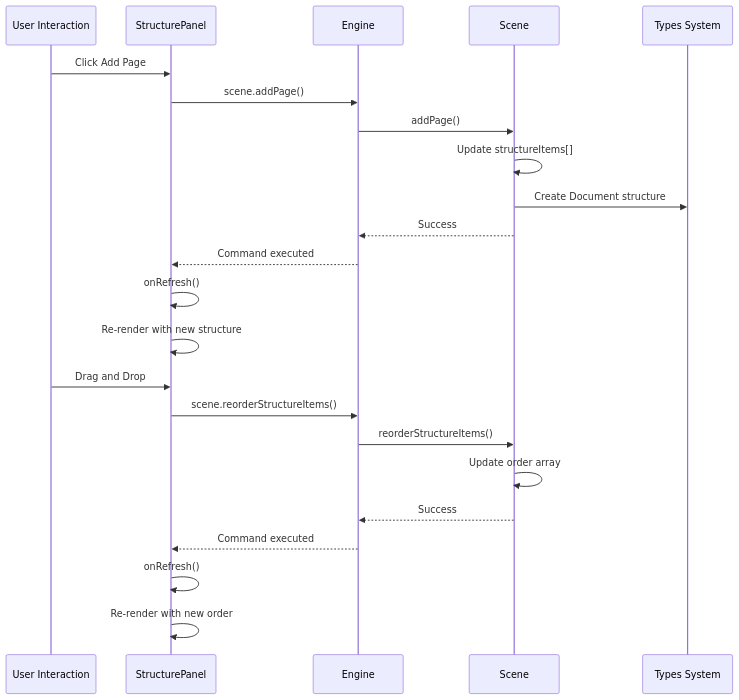
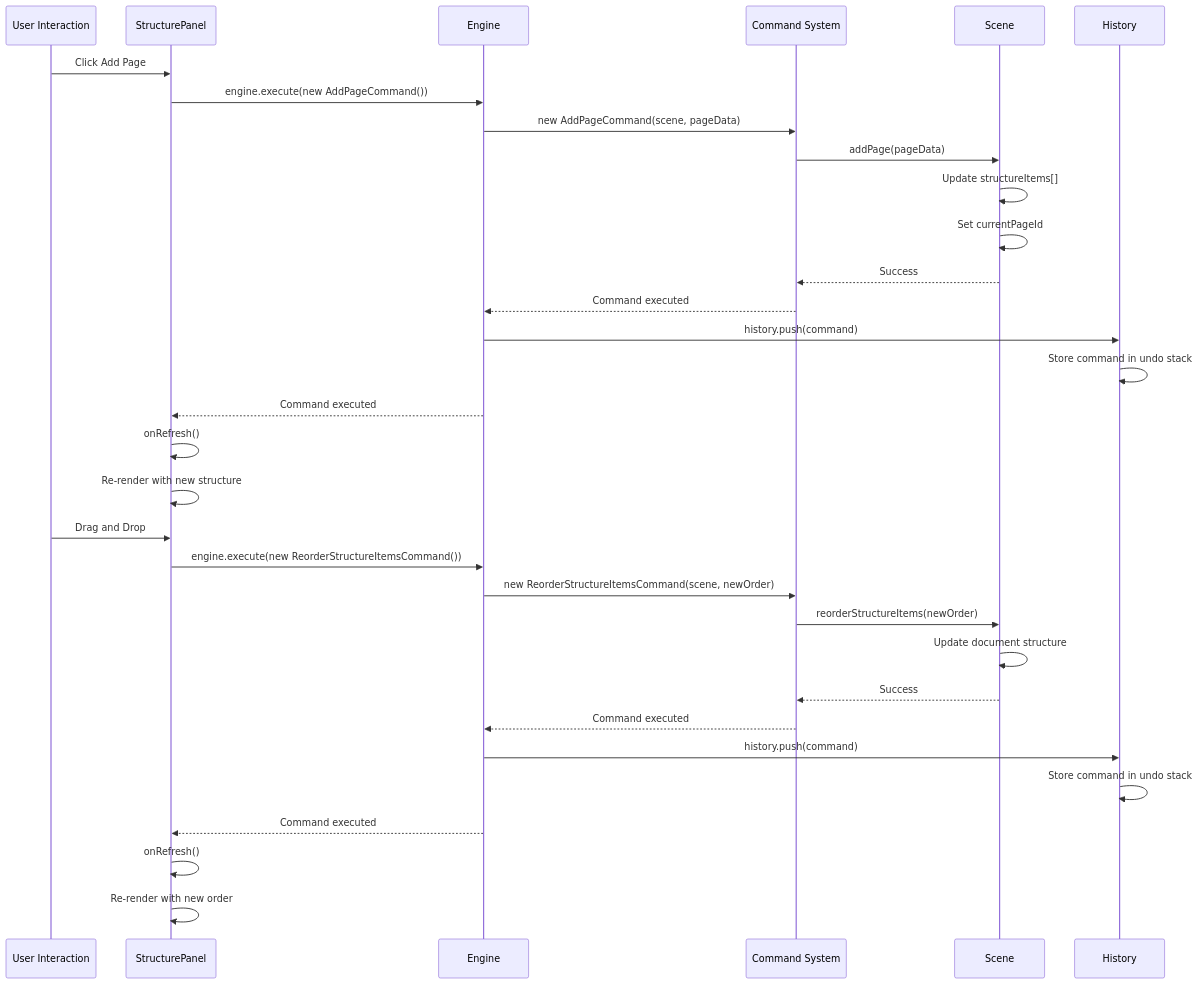
The second of 7 diagrams in .qoder/repowiki/en/content/User Interface Components/Structure Panel Component.md (Anna0314zy/ai_editor_enginer), drawn with Mermaid before and after one commit. The commit also changed other lines of this file and 44 other files, not shown here.

````diff
--- a/.qoder/repowiki/en/content/User Interface Components/Structure Panel Component.md
+++ b/.qoder/repowiki/en/content/User Interface Components/Structure Panel Component.md
@@ -103,25 +120,34 @@
 ```mermaid
 sequenceDiagram
 participant User as User Interaction
 participant SP as StructurePanel
 participant Engine as Engine
+participant Commands as Command System
 participant Scene as Scene
-participant Types as Types System
+participant History as History
 User->>SP : Click Add Page
-SP->>Engine : scene.addPage()
-Engine->>Scene : addPage()
+SP->>Engine : engine.execute(new AddPageCommand())
+Engine->>Commands : new AddPageCommand(scene, pageData)
+Commands->>Scene : addPage(pageData)
 Scene->>Scene : Update structureItems[]
-Scene->>Types : Create Document structure
-Scene-->>Engine : Success
+Scene->>Scene : Set currentPageId
+Scene-->>Commands : Success
+Commands-->>Engine : Command executed
+Engine->>History : history.push(command)
+History->>History : Store command in undo stack
 Engine-->>SP : Command executed
 SP->>SP : onRefresh()
 SP->>SP : Re-render with new structure
 User->>SP : Drag and Drop
-SP->>Engine : scene.reorderStructureItems()
-Engine->>Scene : reorderStructureItems()
-Scene->>Scene : Update order array
-Scene-->>Engine : Success
+SP->>Engine : engine.execute(new ReorderStructureItemsCommand())
+Engine->>Commands : new ReorderStructureItemsCommand(scene, newOrder)
+Commands->>Scene : reorderStructureItems(newOrder)
+Scene->>Scene : Update document structure
+Scene-->>Commands : Success
+Commands-->>Engine : Command executed
+Engine->>History : history.push(command)
+History->>History : Store command in undo stack
 Engine-->>SP : Command executed
 SP->>SP : onRefresh()
 SP->>SP : Re-render with new order
 ```
````
